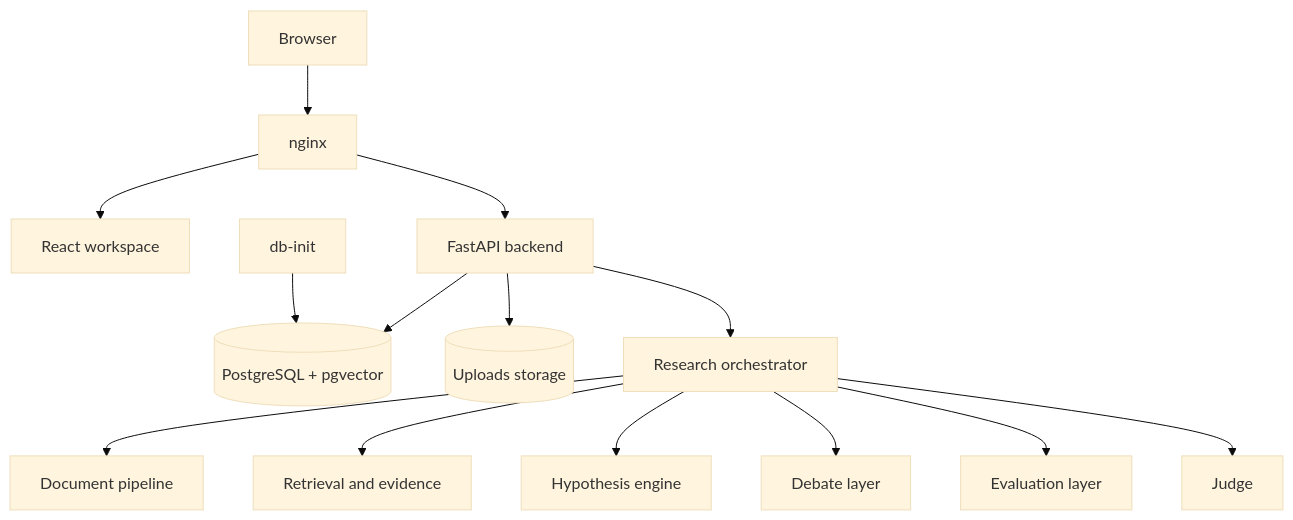
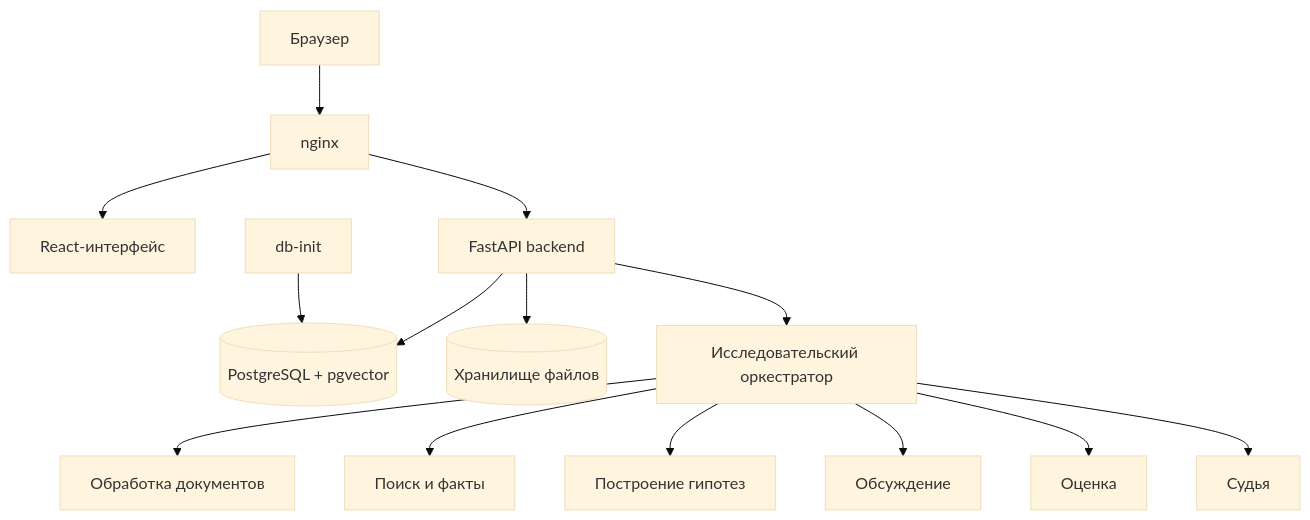
The second of 2 diagrams in README.md (KroJIak/hypothesis-court), drawn with Mermaid (base theme) before and after one commit. The commit also changed other lines of this file, not shown here.

````diff
--- a/README.md
+++ b/README.md
@@ -167,16 +169,16 @@
 ```mermaid
 flowchart TD
-    U[Browser] --> N[nginx]
-    N --> FE[React workspace]
+    U[Браузер] --> N[nginx]
+    N --> FE[React-интерфейс]
     N --> API[FastAPI backend]
     API --> DB[(PostgreSQL + pgvector)]
-    API --> STORE[(Uploads storage)]
+    API --> STORE[(Хранилище файлов)]
     DBI[db-init] --> DB
-    API --> ORCH[Research orchestrator]
-    ORCH --> DOC[Document pipeline]
-    ORCH --> RET[Retrieval and evidence]
-    ORCH --> HYP[Hypothesis engine]
-    ORCH --> DEB[Debate layer]
-    ORCH --> EVA[Evaluation layer]
-    ORCH --> J[Judge]
+    API --> ORCH[Исследовательский оркестратор]
+    ORCH --> DOC[Обработка документов]
+    ORCH --> RET[Поиск и факты]
+    ORCH --> HYP[Построение гипотез]
+    ORCH --> DEB[Обсуждение]
+    ORCH --> EVA[Оценка]
+    ORCH --> J[Судья]
 ```
````
